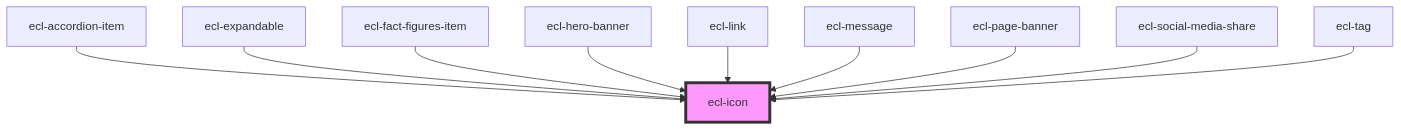
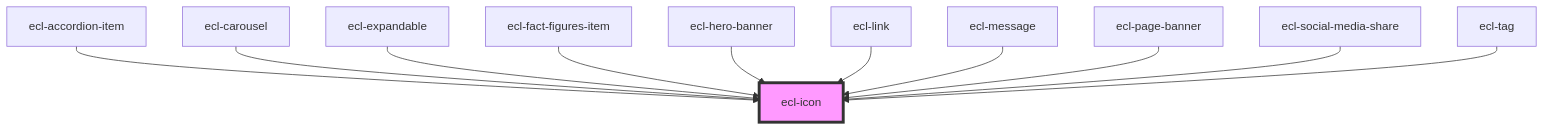
Before and after one commit to ec-europa/ecl-webcomponents: the diagram in src/components/ecl-icon/readme.md, drawn with Mermaid. The commit also changed other lines of this file and 20 other files, not shown here.

````diff
--- a/src/components/ecl-icon/readme.md
+++ b/src/components/ecl-icon/readme.md
@@ -35,13 +36,14 @@
 ```mermaid
 graph TD;
   ecl-accordion-item --> ecl-icon
+  ecl-carousel --> ecl-icon
   ecl-expandable --> ecl-icon
   ecl-fact-figures-item --> ecl-icon
   ecl-hero-banner --> ecl-icon
   ecl-link --> ecl-icon
   ecl-message --> ecl-icon
   ecl-page-banner --> ecl-icon
   ecl-social-media-share --> ecl-icon
   ecl-tag --> ecl-icon
   style ecl-icon fill:#f9f,stroke:#333,stroke-width:4px
 ```
````
